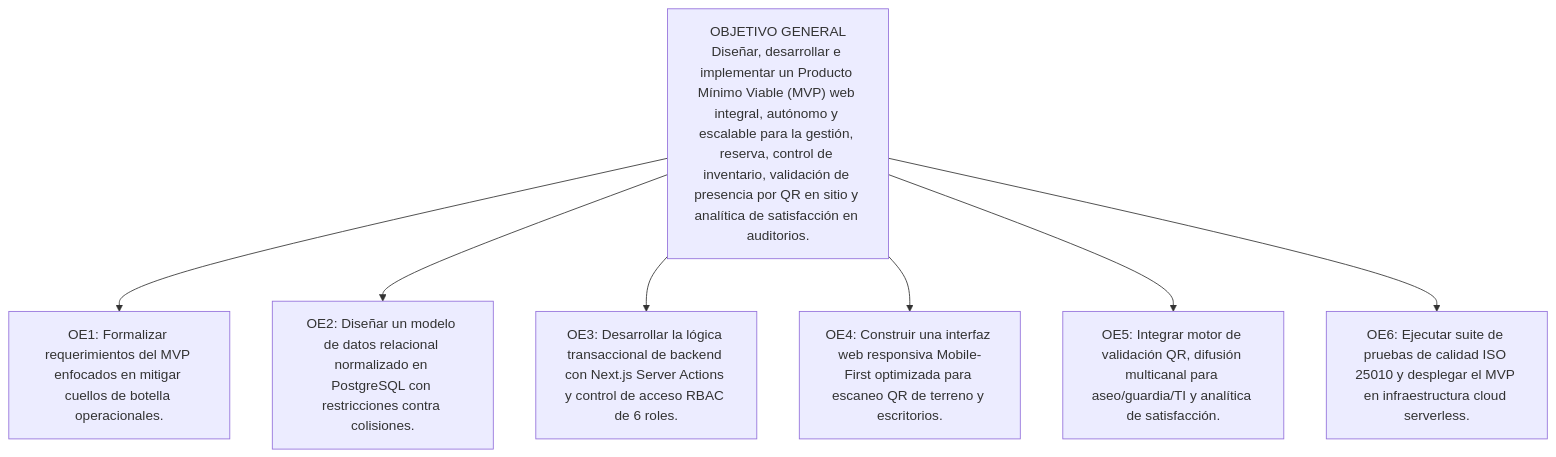
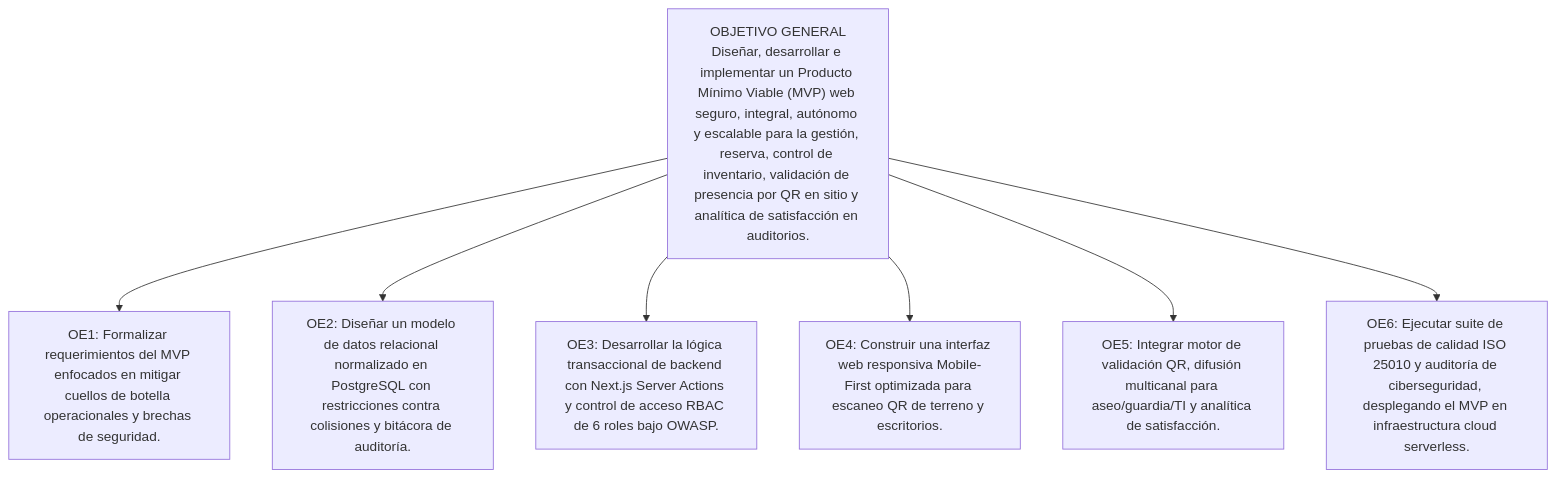
Before and after one commit to IMANDOI/sistema-gestion-auditorios-capstone: the fourth of 11 diagrams in informe_fase_1_definicion_proyecto.md, drawn with Mermaid. The commit also changed other lines of this file, not shown here.

Commit message:
sec(fase1): incorporar arquitectura de ciberseguridad OWASP e ISO 27001 (informe_fase_1_definicion_proyecto.md)

````diff
--- a/informe_fase_1_definicion_proyecto.md
+++ b/informe_fase_1_definicion_proyecto.md
@@ -192,11 +195,11 @@
 ```mermaid
 graph TD
-    OG["OBJETIVO GENERAL<br>Diseñar, desarrollar e implementar un Producto Mínimo Viable (MVP) web integral, autónomo y escalable para la gestión, reserva, control de inventario, validación de presencia por QR en sitio y analítica de satisfacción en auditorios."]
+    OG["OBJETIVO GENERAL<br>Diseñar, desarrollar e implementar un Producto Mínimo Viable (MVP) web seguro, integral, autónomo y escalable para la gestión, reserva, control de inventario, validación de presencia por QR en sitio y analítica de satisfacción en auditorios."]
     
-    OG --> OE1["OE1: Formalizar requerimientos del MVP enfocados en mitigar cuellos de botella operacionales."]
-    OG --> OE2["OE2: Diseñar un modelo de datos relacional normalizado en PostgreSQL con restricciones contra colisiones."]
-    OG --> OE3["OE3: Desarrollar la lógica transaccional de backend con Next.js Server Actions y control de acceso RBAC de 6 roles."]
+    OG --> OE1["OE1: Formalizar requerimientos del MVP enfocados en mitigar cuellos de botella operacionales y brechas de seguridad."]
+    OG --> OE2["OE2: Diseñar un modelo de datos relacional normalizado en PostgreSQL con restricciones contra colisiones y bitácora de auditoría."]
+    OG --> OE3["OE3: Desarrollar la lógica transaccional de backend con Next.js Server Actions y control de acceso RBAC de 6 roles bajo OWASP."]
     OG --> OE4["OE4: Construir una interfaz web responsiva Mobile-First optimizada para escaneo QR de terreno y escritorios."]
     OG --> OE5["OE5: Integrar motor de validación QR, difusión multicanal para aseo/guardia/TI y analítica de satisfacción."]
-    OG --> OE6["OE6: Ejecutar suite de pruebas de calidad ISO 25010 y desplegar el MVP en infraestructura cloud serverless."]
+    OG --> OE6["OE6: Ejecutar suite de pruebas de calidad ISO 25010 y auditoría de ciberseguridad, desplegando el MVP en infraestructura cloud serverless."]
 ```
````
